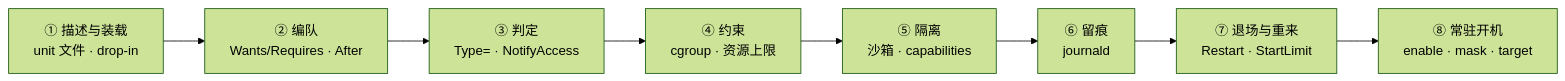
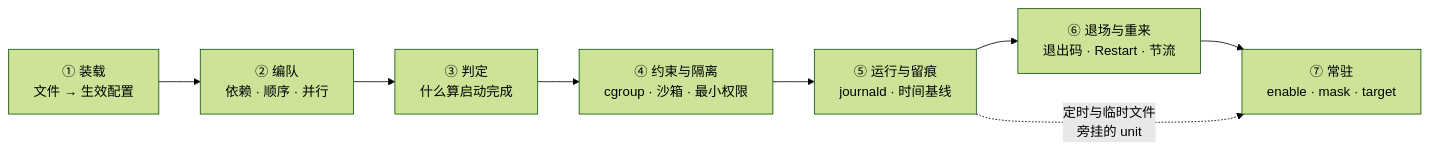
Before and after one commit to realtyz/ops-manual: the diagram in Linux/08_systemd与服务管理/00_导读与知识地图.md, drawn with Mermaid (forest theme). The commit also changed other lines of this file and 27 other files, not shown here.

````diff
--- a/Linux/08_systemd与服务管理/00_导读与知识地图.md
+++ b/Linux/08_systemd与服务管理/00_导读与知识地图.md
@@ -63,5 +19,10 @@
 ```mermaid
 flowchart LR
-  A["① 描述与装载<br/>unit 文件 · drop-in"] --> B["② 编队<br/>Wants/Requires · After"] --> C["③ 判定<br/>Type= · NotifyAccess"] --> D["④ 约束<br/>cgroup · 资源上限"]
-  D --> E["⑤ 隔离<br/>沙箱 · capabilities"] --> F["⑥ 留痕<br/>journald"] --> G["⑦ 退场与重来<br/>Restart · StartLimit"] --> H["⑧ 常驻开机<br/>enable · mask · target"]
+  A["① 装载<br/>文件 → 生效配置"] --> B["② 编队<br/>依赖 · 顺序 · 并行"]
+  B --> C["③ 判定<br/>什么算启动完成"]
+  C --> D["④ 约束与隔离<br/>cgroup · 沙箱 · 最小权限"]
+  D --> E["⑤ 运行与留痕<br/>journald · 时间基线"]
+  E --> F["⑥ 退场与重来<br/>退出码 · Restart · 节流"]
+  F --> G["⑦ 常驻<br/>enable · mask · target"]
+  E -.->|"定时与临时文件<br/>旁挂的 unit"| G
 ```
````
